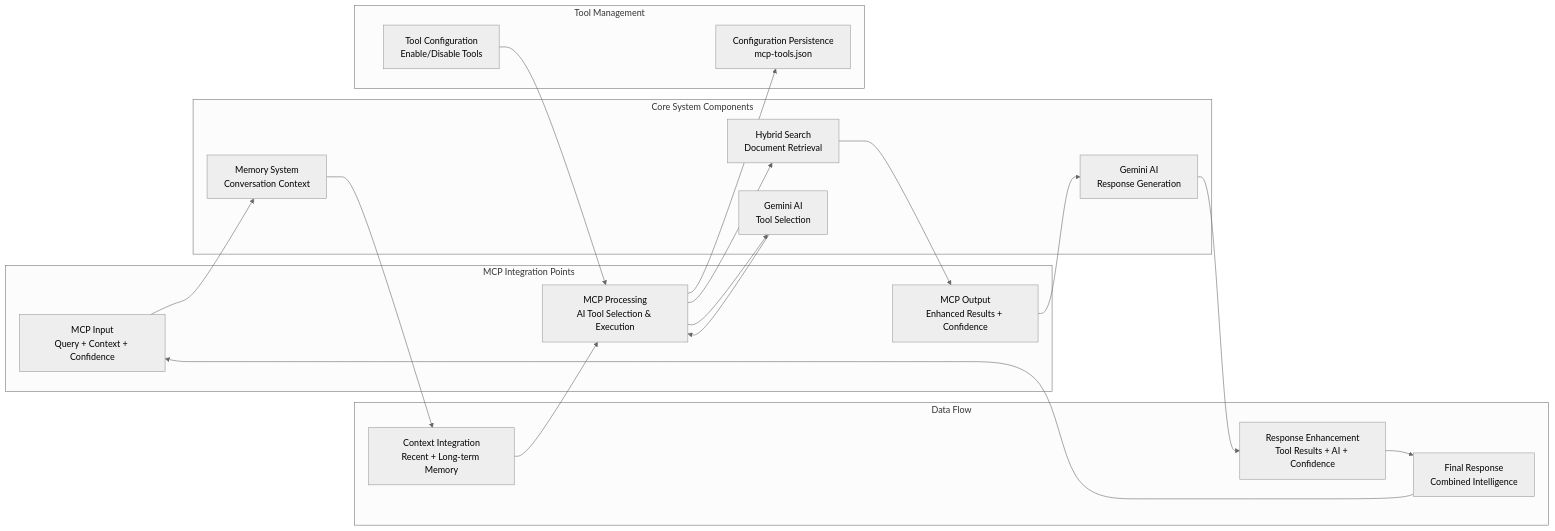
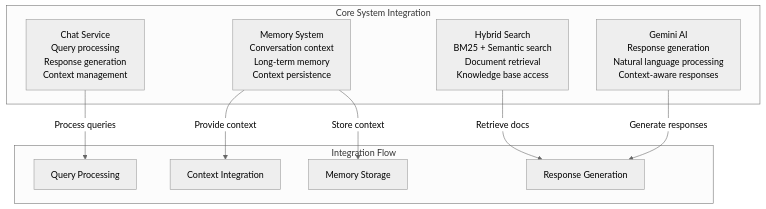
The eighth of 10 diagrams in PBL4/StripeCustomerSupportAgent/docs/MCP_DOCUMENTATION.md (TEJ-Fellowship/pbl), drawn with Mermaid (neutral theme) before and after one commit. The commit also changed other lines of this file, not shown here.

Commit message:
fix(mcp): update mcp documentation

````diff
--- a/PBL4/StripeCustomerSupportAgent/docs/MCP_DOCUMENTATION.md
+++ b/PBL4/StripeCustomerSupportAgent/docs/MCP_DOCUMENTATION.md
@@ -252,44 +209,22 @@
 ```mermaid
-graph LR
-    subgraph "MCP Integration Points"
-        MCP_INPUT["MCP Input<br/>Query + Context + Confidence"]
-        MCP_PROCESS["MCP Processing<br/>AI Tool Selection & Execution"]
-        MCP_OUTPUT["MCP Output<br/>Enhanced Results + Confidence"]
+graph TB
+    subgraph "Core System Integration"
+        CHAT_SERVICE["Chat Service<br/>Query processing<br/>Response generation<br/>Context management"]
+        MEMORY_SYSTEM["Memory System<br/>Conversation context<br/>Long-term memory<br/>Context persistence"]
+        HYBRID_SEARCH["Hybrid Search<br/>BM25 + Semantic search<br/>Document retrieval<br/>Knowledge base access"]
+        GEMINI_RESPONSE["Gemini AI<br/>Response generation<br/>Natural language processing<br/>Context-aware responses"]
     end
 
-    subgraph "Core System Components"
-        MEMORY["Memory System<br/>Conversation Context"]
-        SEARCH["Hybrid Search<br/>Document Retrieval"]
-        AI_RESPONSE["Gemini AI<br/>Response Generation"]
-        AI_SELECTION["Gemini AI<br/>Tool Selection"]
+    subgraph "Integration Flow"
+        QUERY_PROCESSING["Query Processing"]
+        CONTEXT_INTEGRATION["Context Integration"]
+        RESPONSE_GENERATION["Response Generation"]
+        MEMORY_STORAGE["Memory Storage"]
     end
 
-    subgraph "Data Flow"
-        CONTEXT["Context Integration<br/>Recent + Long-term Memory"]
-        ENHANCEMENT["Response Enhancement<br/>Tool Results + AI + Confidence"]
-        FINAL["Final Response<br/>Combined Intelligence"]
-    end
-
-    subgraph "Tool Management"
-        CONFIG["Tool Configuration<br/>Enable/Disable Tools"]
-        PERSISTENCE["Configuration Persistence<br/>mcp-tools.json"]
-    end
-
-    MCP_INPUT --> MEMORY
-    MEMORY --> CONTEXT
-    CONTEXT --> MCP_PROCESS
-
-    MCP_PROCESS --> AI_SELECTION
-    AI_SELECTION --> MCP_PROCESS
-    MCP_PROCESS --> SEARCH
-    SEARCH --> MCP_OUTPUT
-
-    MCP_OUTPUT --> AI_RESPONSE
-    AI_RESPONSE --> ENHANCEMENT
-    ENHANCEMENT --> FINAL
-
-    CONFIG --> MCP_PROCESS
-    MCP_PROCESS --> PERSISTENCE
-
-    FINAL --> MCP_INPUT
+    CHAT_SERVICE -->|"Process queries"| QUERY_PROCESSING
+    MEMORY_SYSTEM -->|"Provide context"| CONTEXT_INTEGRATION
+    HYBRID_SEARCH -->|"Retrieve docs"| RESPONSE_GENERATION
+    GEMINI_RESPONSE -->|"Generate responses"| RESPONSE_GENERATION
+    MEMORY_SYSTEM -->|"Store context"| MEMORY_STORAGE
 ```
````
